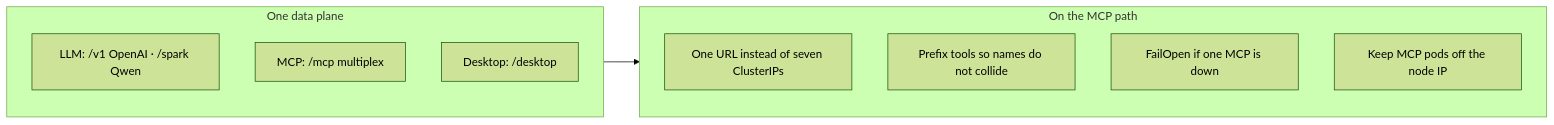
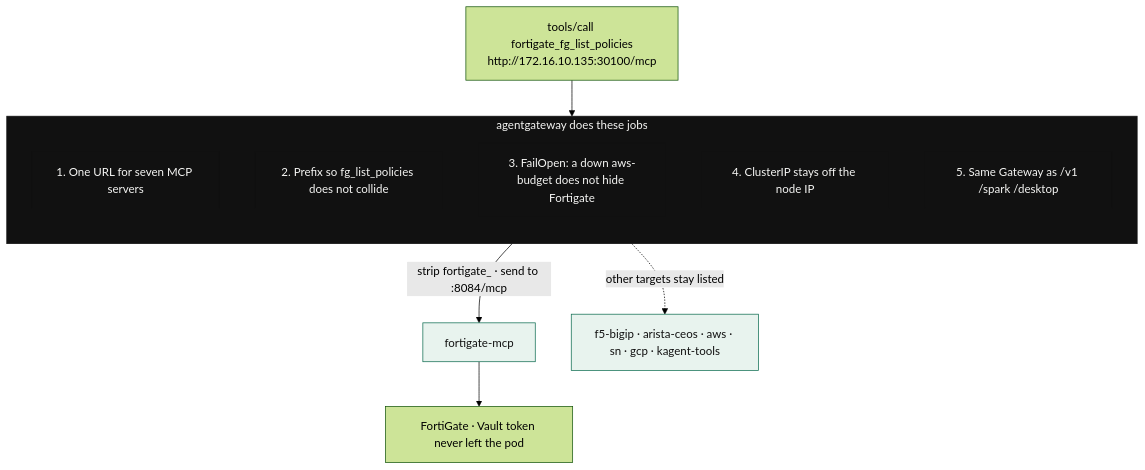
One commit to sebbycorp/k8s-viper changed the third of 3 diagrams in docs/mcp-servers/README.md. Above: the diagram before and after it, drawn with Mermaid (forest theme). The commit also changed other lines of this file, not shown here.

Commit message:
Tighten MCP traffic diagrams so the gateway jobs read clearly

````diff
--- a/docs/mcp-servers/README.md
+++ b/docs/mcp-servers/README.md
@@ -103,15 +123,22 @@
 ```mermaid
-flowchart LR
-  subgraph one["One data plane"]
-    L["LLM: /v1 OpenAI · /spark Qwen"]
-    M["MCP: /mcp multiplex"]
-    D["Desktop: /desktop"]
+flowchart TB
+  IN["tools/call fortigate_fg_list_policies<br/>http://172.16.10.135:30100/mcp"] --> GW
+
+  subgraph GW["agentgateway does these jobs"]
+    direction TB
+    J1["1. One URL for seven MCP servers"]
+    J2["2. Prefix so fg_list_policies does not collide"]
+    J3["3. FailOpen: a down aws-budget does not hide Fortigate"]
+    J4["4. ClusterIP stays off the node IP"]
+    J5["5. Same Gateway as /v1 /spark /desktop"]
   end
-  subgraph help["On the MCP path"]
-    A["One URL instead of seven ClusterIPs"]
-    B["Prefix tools so names do not collide"]
-    C["FailOpen if one MCP is down"]
-    E["Keep MCP pods off the node IP"]
-  end
-  one --> help
+
+  GW -->|"strip fortigate_ · send to :8084/mcp"| FG["fortigate-mcp"]
+  GW -.->|"other targets stay listed"| OTH["f5-bigip · arista-ceos · aws · sn · gcp · kagent-tools"]
+  FG --> BOX["FortiGate · Vault token never left the pod"]
+
+  classDef gwn fill:#111111,stroke:#111111,color:#f6f6f4
+  classDef mcp fill:#e8f3ee,stroke:#0b6b4f,color:#111111
+  class GW,J1,J2,J3,J4,J5 gwn
+  class FG,OTH mcp
 ```
````
